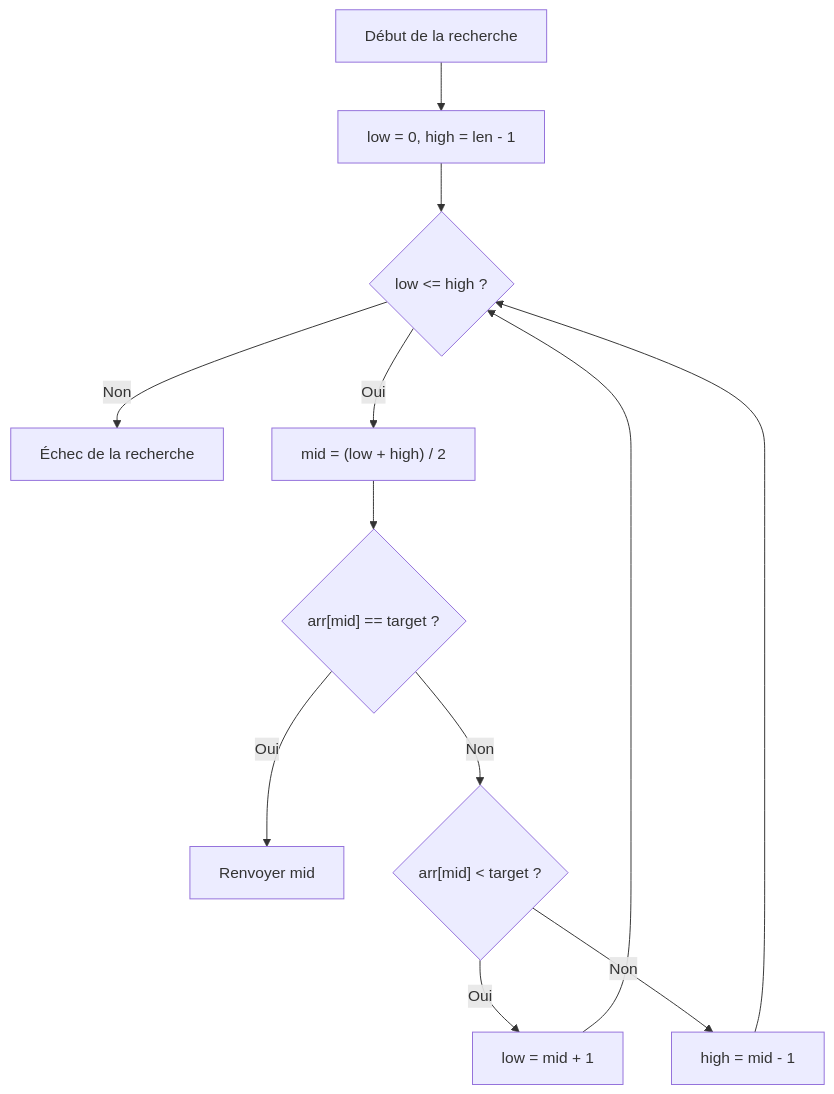
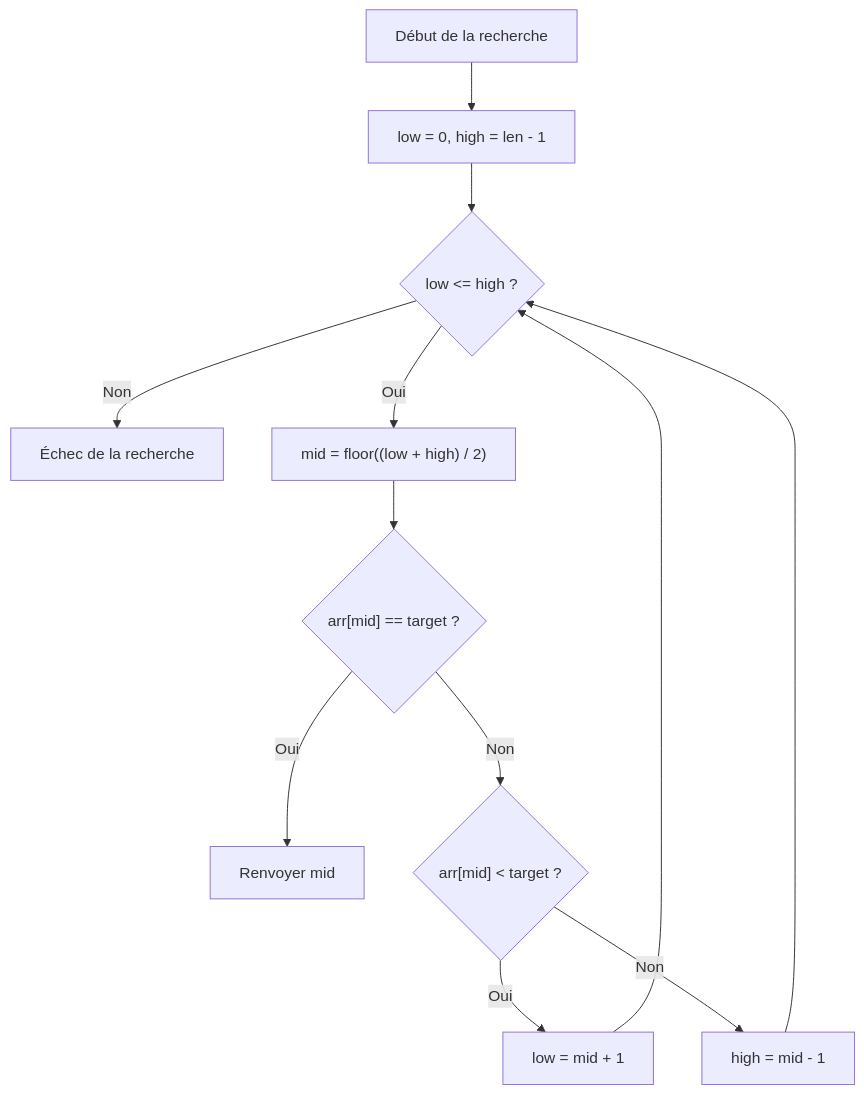
One commit to kenjinote/blog changed the second of 4 diagrams in content/post/search-algorithms-linear-binary-hash-table-principles/index.fr.md. Above: the diagram before and after it, drawn with Mermaid. The commit also changed other lines of this file and 18 other files, not shown here.

````diff
--- a/content/post/search-algorithms-linear-binary-hash-table-principles/index.fr.md
+++ b/content/post/search-algorithms-linear-binary-hash-table-principles/index.fr.md
@@ -210,14 +92,14 @@
 ```mermaid
 flowchart TD
     A["Début de la recherche"] --> B["low = 0, high = len - 1"]
     B --> C{"low <= high ?"}
     C -- "Non" --> D["Échec de la recherche"]
-    C -- "Oui" --> E["mid = (low + high) / 2"]
+    C -- "Oui" --> E["mid = floor((low + high) / 2)"]
     E --> F{"arr[mid] == target ?"}
     F -- "Oui" --> G["Renvoyer mid"]
     F -- "Non" --> H{"arr[mid] < target ?"}
     H -- "Oui" --> I["low = mid + 1"]
     H -- "Non" --> J["high = mid - 1"]
     I --> C
     J --> C
 ```
````
